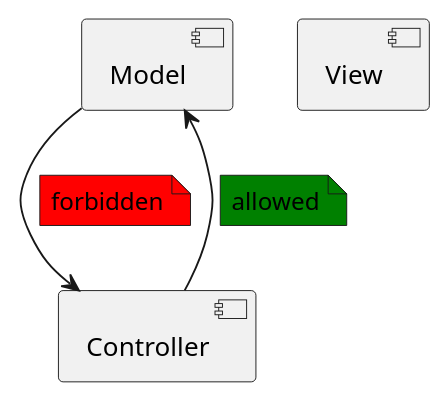
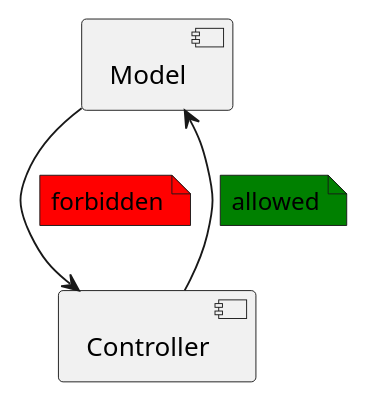
One commit to fgather/ArchUnitNET-1 changed the diagram in documentation/docs/diagrams/namespace_access.puml. Above: the diagram before and after it, drawn with PlantUML. The commit also changed 1 other file, not shown here.

Commit message:
include diagram in user guide, remove view in diagram

```diff
--- a/documentation/docs/diagrams/namespace_access.puml
+++ b/documentation/docs/diagrams/namespace_access.puml
@@ -1,9 +1,8 @@
 @startuml
 [Model]
 [Controller] 
-[View]
 [Model] --> [Controller]
 note left on link #red: forbidden
 [Controller] --> [Model]
 note on link #green: allowed
 @enduml
```
